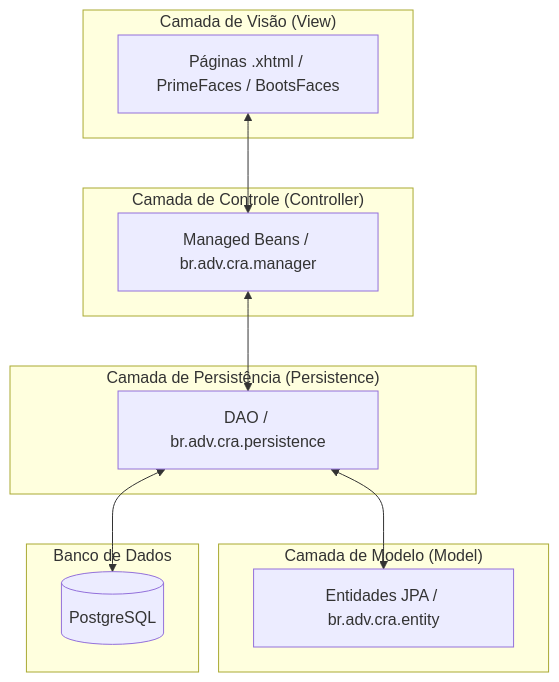
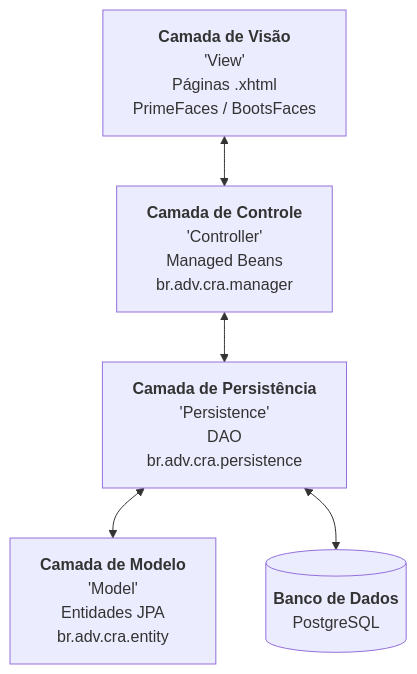
One commit to nsouzarj/cra changed the diagram in README.md. Above: the diagram before and after it, drawn with Mermaid. The commit also changed 1 other file, not shown here.

Commit message:
Atualizacao do readme

````diff
--- a/README.md
+++ b/README.md
@@ -35,27 +35,13 @@
 ```mermaid
-graph TD
-    subgraph "Camada de Visão (View)"
-        V[Páginas .xhtml / PrimeFaces / BootsFaces]
-    end
-
-    subgraph "Camada de Controle (Controller)"
-        C[Managed Beans / br.adv.cra.manager]
-    end
-
-    subgraph "Camada de Persistência (Persistence)"
-        D[DAO / br.adv.cra.persistence]
-    end
-
-    subgraph "Camada de Modelo (Model)"
-        M[Entidades JPA / br.adv.cra.entity]
-    end
-
-    subgraph "Banco de Dados"
-        DB[(PostgreSQL)]
-    end
+flowchart TD
+    V["<b>Camada de Visão</b><br/>'View'<br/>Páginas .xhtml<br/>PrimeFaces / BootsFaces"]
+    C["<b>Camada de Controle</b><br/>'Controller'<br/>Managed Beans<br/>br.adv.cra.manager"]
+    D["<b>Camada de Persistência</b><br/>'Persistence'<br/>DAO<br/>br.adv.cra.persistence"]
+    M["<b>Camada de Modelo</b><br/>'Model'<br/>Entidades JPA<br/>br.adv.cra.entity"]
+    DB[("<b>Banco de Dados</b><br/>PostgreSQL")]
 
     V <--> C
     C <--> D
     D <--> M
     D <--> DB
 ```
````
